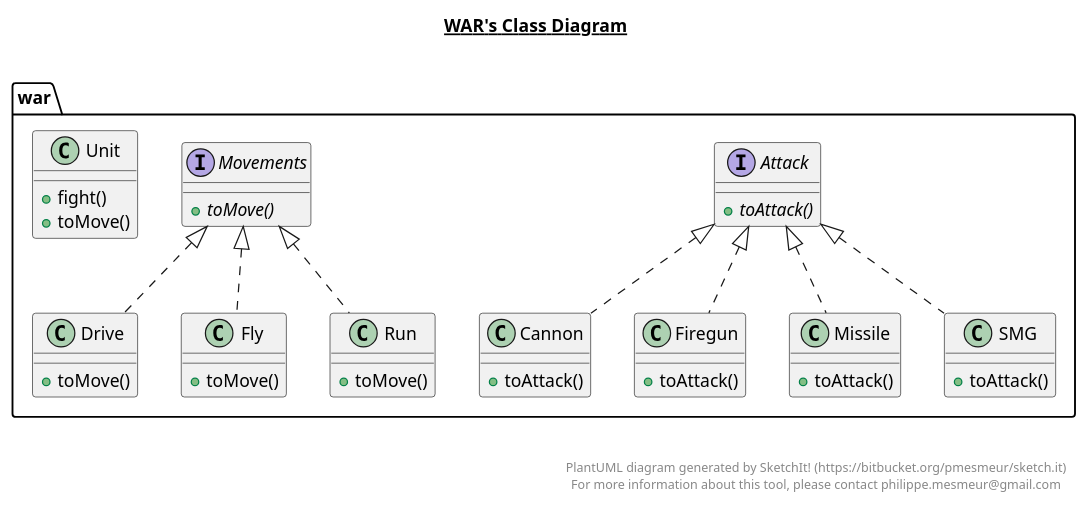
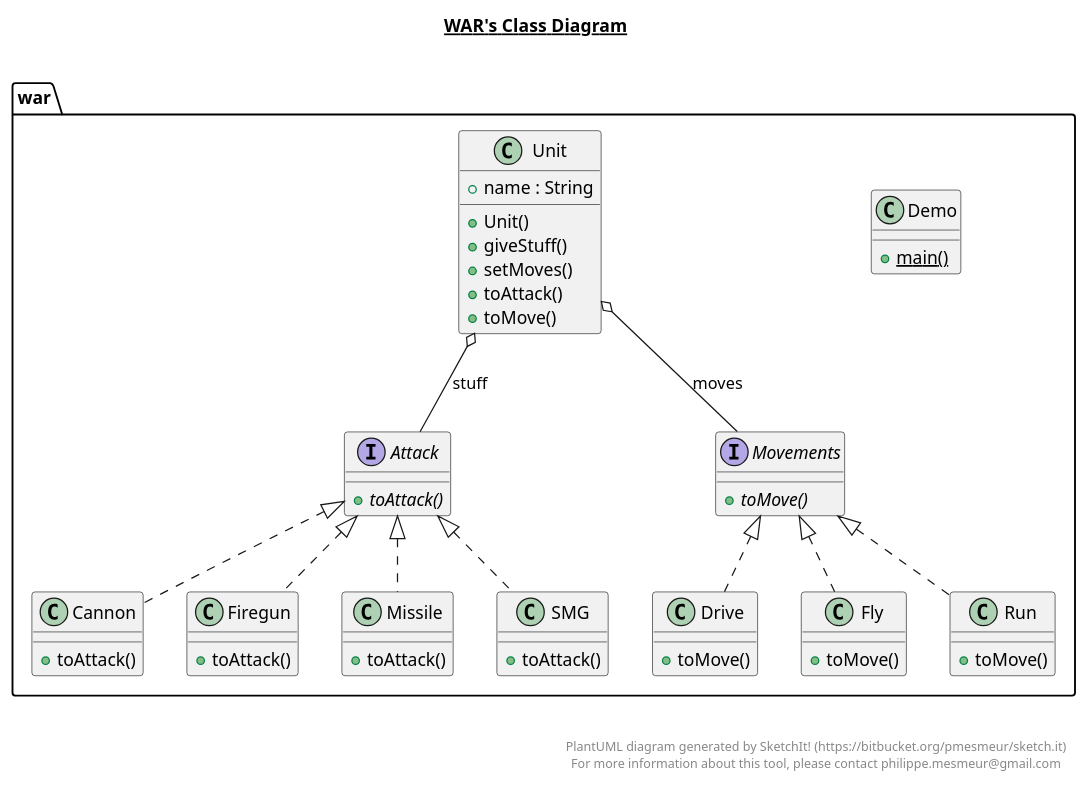
Before and after one commit to jestin-g/p10-miage-m1-mapc-td4: the diagram in src/war/war.plantuml, drawn with PlantUML. The commit also changed 4 other files, not shown here.

```diff
--- a/src/war/war.plantuml
+++ b/src/war/war.plantuml
@@ -1,92 +1,105 @@
 @startuml
 
 title __WAR's Class Diagram__\n
 
   namespace war {
     interface war.Attack {
         {abstract} + toAttack()
     }
   }
   
 
   namespace war {
     class war.Cannon {
         + toAttack()
+    }
+  }
+  
+
+  namespace war {
+    class war.Demo {
+        {static} + main()
     }
   }
   
 
   namespace war {
     class war.Drive {
         + toMove()
     }
   }
   
 
   namespace war {
     class war.Firegun {
         + toAttack()
     }
   }
   
 
   namespace war {
     class war.Fly {
         + toMove()
     }
   }
   
 
   namespace war {
     class war.Missile {
         + toAttack()
     }
   }
   
 
   namespace war {
     interface war.Movements {
         {abstract} + toMove()
     }
   }
   
 
   namespace war {
     class war.Run {
         + toMove()
     }
   }
   
 
   namespace war {
     class war.SMG {
         + toAttack()
     }
   }
   
 
   namespace war {
     class war.Unit {
-        + fight()
+        + name : String
+        + Unit()
+        + giveStuff()
+        + setMoves()
+        + toAttack()
         + toMove()
     }
   }
   
 
   war.Cannon .up.|> war.Attack
   war.Drive .up.|> war.Movements
   war.Firegun .up.|> war.Attack
   war.Fly .up.|> war.Movements
   war.Missile .up.|> war.Attack
   war.Run .up.|> war.Movements
   war.SMG .up.|> war.Attack
+  war.Unit o-- war.Movements : moves
+  war.Unit o-- war.Attack : stuff
 
 
 right footer
 
 
 PlantUML diagram generated by SketchIt! (https://bitbucket.org/pmesmeur/sketch.it)
 For more information about this tool, please contact philippe.mesmeur@gmail.com
 endfooter
 
 @enduml
```
